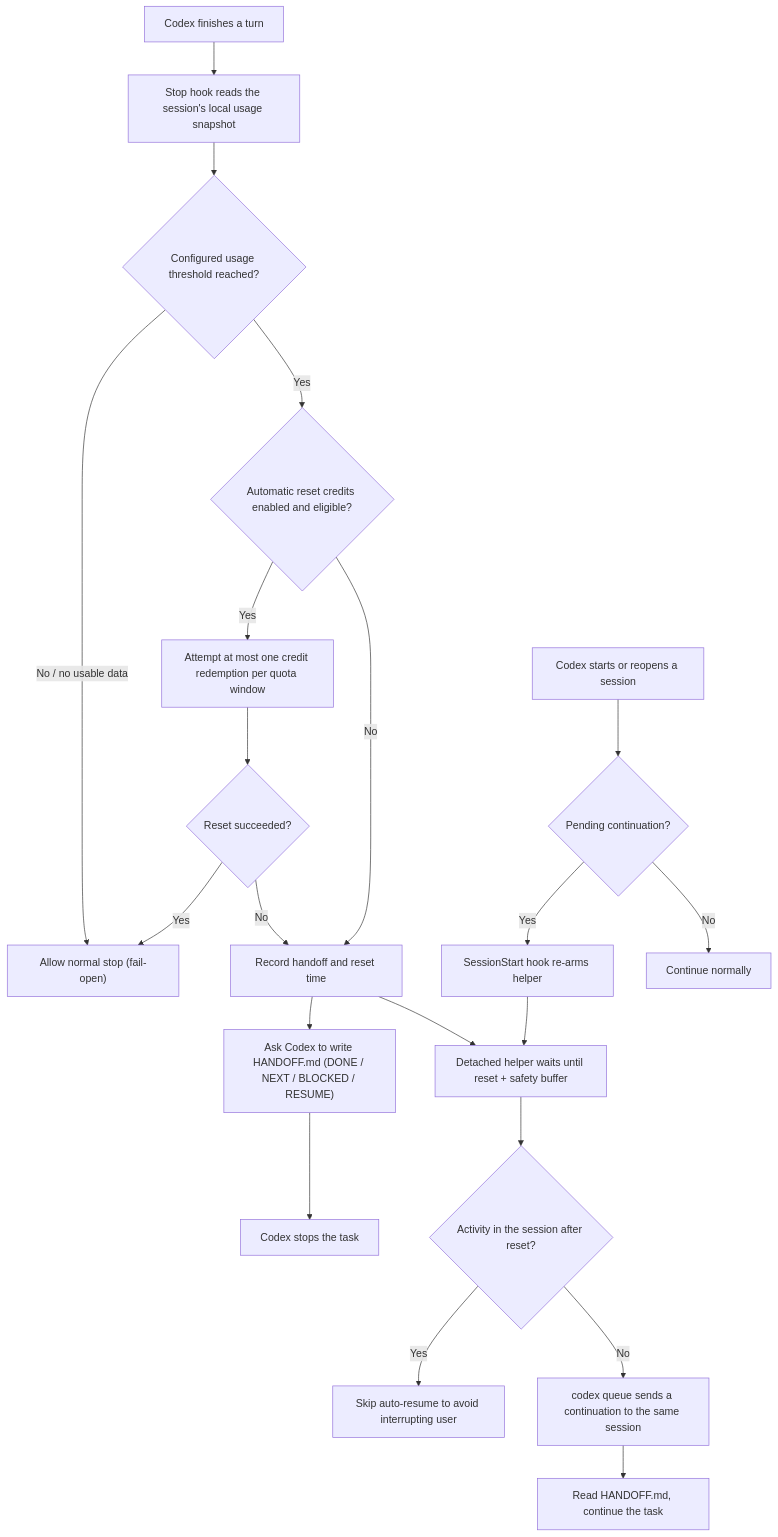
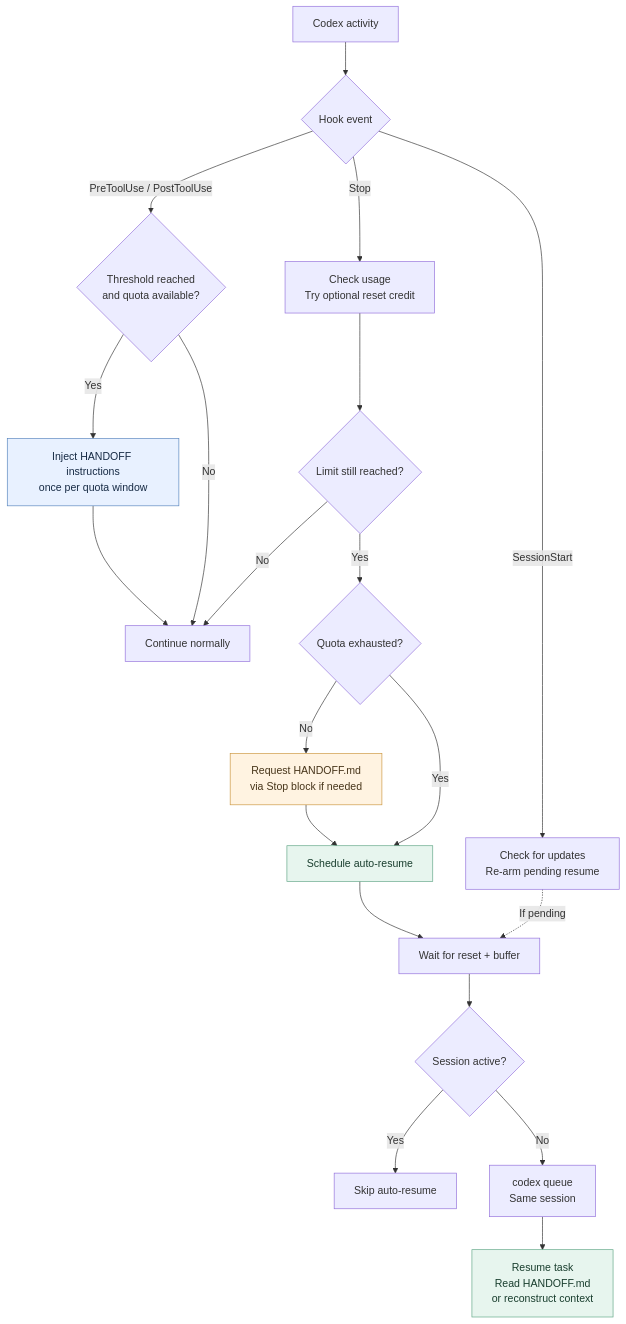
Before and after one commit to IsmailAzzouz/codex-auto-startstop: the diagram in README.md, drawn with Mermaid.

Commit message:
Add Mermaid diagram for Codex activity flow

````diff
--- a/README.md
+++ b/README.md
@@ -29,23 +29,32 @@
 ```mermaid
 flowchart TD
-    A["Codex finishes a turn"] --> B["Stop hook reads the session's local usage snapshot"]
-    B --> C{"Configured usage threshold reached?"}
-    C -- "No / no usable data" --> D["Allow normal stop (fail-open)"]
-    C -- "Yes" --> E{"Automatic reset credits enabled and eligible?"}
-    E -- Yes --> F["Attempt at most one credit redemption per quota window"]
-    F --> G{"Reset succeeded?"}
-    G -- Yes --> D
-    G -- No --> H["Record handoff and reset time"]
-    E -- No --> H
-    H --> I["Ask Codex to write HANDOFF.md (DONE / NEXT / BLOCKED / RESUME)"]
-    I --> J["Codex stops the task"]
-    H --> K["Detached helper waits until reset + safety buffer"]
-    K --> L{"Activity in the session after reset?"}
-    L -- Yes --> M["Skip auto-resume to avoid interrupting user"]
-    L -- No --> N["codex queue sends a continuation to the same session"]
-    N --> O["Read HANDOFF.md, continue the task"]
-    P["Codex starts or reopens a session"] --> Q{"Pending continuation?"}
-    Q -- Yes --> R["SessionStart hook re-arms helper"]
-    R --> K
-    Q -- No --> S["Continue normally"]
+    A["Codex activity"] --> B{"Hook event"}
+
+    B -- "PreToolUse / PostToolUse" --> C{"Threshold reached<br/>and quota available?"}
+    C -- Yes --> D["Inject HANDOFF instructions<br/>once per quota window"]
+    C -- No --> E["Continue normally"]
+    D --> E
+
+    B -- Stop --> F["Check usage<br/>Try optional reset credit"]
+    F --> G{"Limit still reached?"}
+    G -- No --> E
+    G -- Yes --> H{"Quota exhausted?"}
+
+    H -- No --> I["Request HANDOFF.md<br/>via Stop block if needed"]
+    H -- Yes --> J["Schedule auto-resume"]
+    I --> J
+
+    B -- SessionStart --> K["Check for updates<br/>Re-arm pending resume"]
+    K -. "If pending" .-> L
+
+    J --> L["Wait for reset + buffer"]
+    L --> M{"Session active?"}
+    M -- Yes --> N["Skip auto-resume"]
+    M -- No --> O["codex queue<br/>Same session"]
+    O --> P["Resume task<br/>Read HANDOFF.md<br/>or reconstruct context"]
+
+    style D fill:#e8f1ff,stroke:#5684bd,color:#172b45
+    style I fill:#fff3e1,stroke:#cb963f,color:#47351a
+    style J fill:#e7f5ee,stroke:#60a686,color:#193e2e
+    style P fill:#e7f5ee,stroke:#60a686,color:#193e2e
 ```
````
